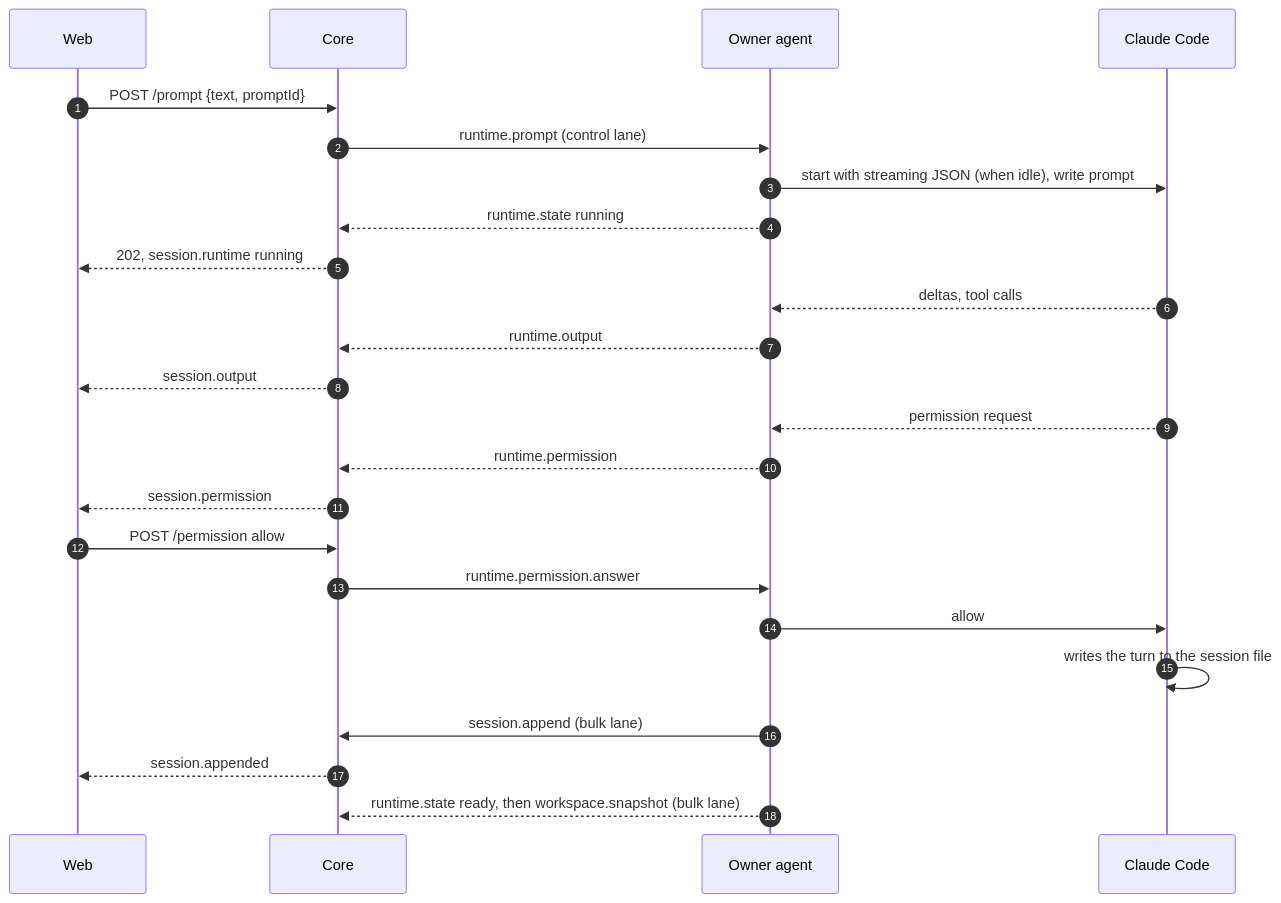
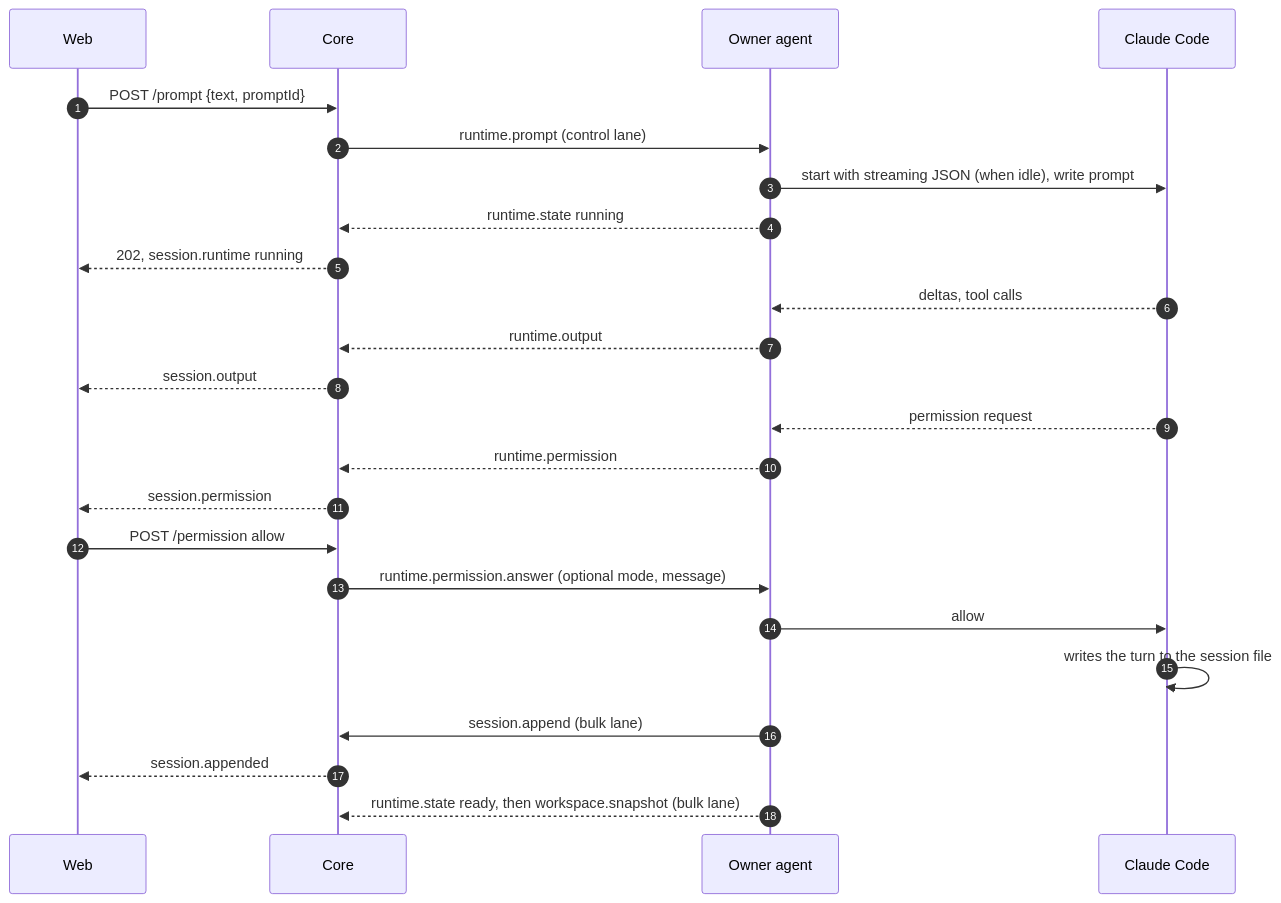
Before and after one commit to yangflow/hoplet: the first of 2 diagrams in docs/architecture.md, drawn with Mermaid. The commit also changed other lines of this file and 43 other files, not shown here.

````diff
--- a/docs/architecture.md
+++ b/docs/architecture.md
@@ -193,26 +202,26 @@
 ```mermaid
 sequenceDiagram
   autonumber
   participant Web
   participant Core
   participant Agent as Owner agent
   participant CC as Claude Code
   Web->>Core: POST /prompt {text, promptId}
   Core->>Agent: runtime.prompt (control lane)
   Agent->>CC: start with streaming JSON (when idle), write prompt
   Agent-->>Core: runtime.state running
   Core-->>Web: 202, session.runtime running
   CC-->>Agent: deltas, tool calls
   Agent-->>Core: runtime.output
   Core-->>Web: session.output
   CC-->>Agent: permission request
   Agent-->>Core: runtime.permission
   Core-->>Web: session.permission
   Web->>Core: POST /permission allow
-  Core->>Agent: runtime.permission.answer
+  Core->>Agent: runtime.permission.answer (optional mode, message)
   Agent->>CC: allow
   CC->>CC: writes the turn to the session file
   Agent->>Core: session.append (bulk lane)
   Core-->>Web: session.appended
   Agent-->>Core: runtime.state ready, then workspace.snapshot (bulk lane)
 ```
````
